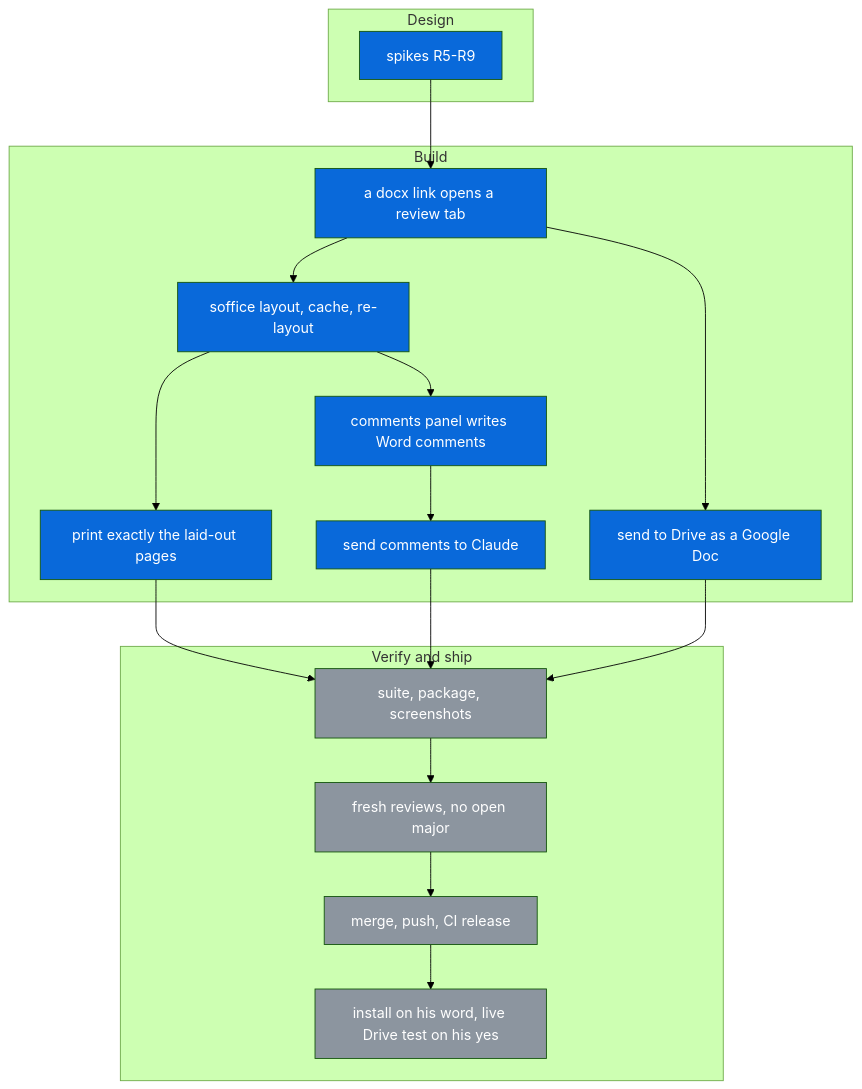
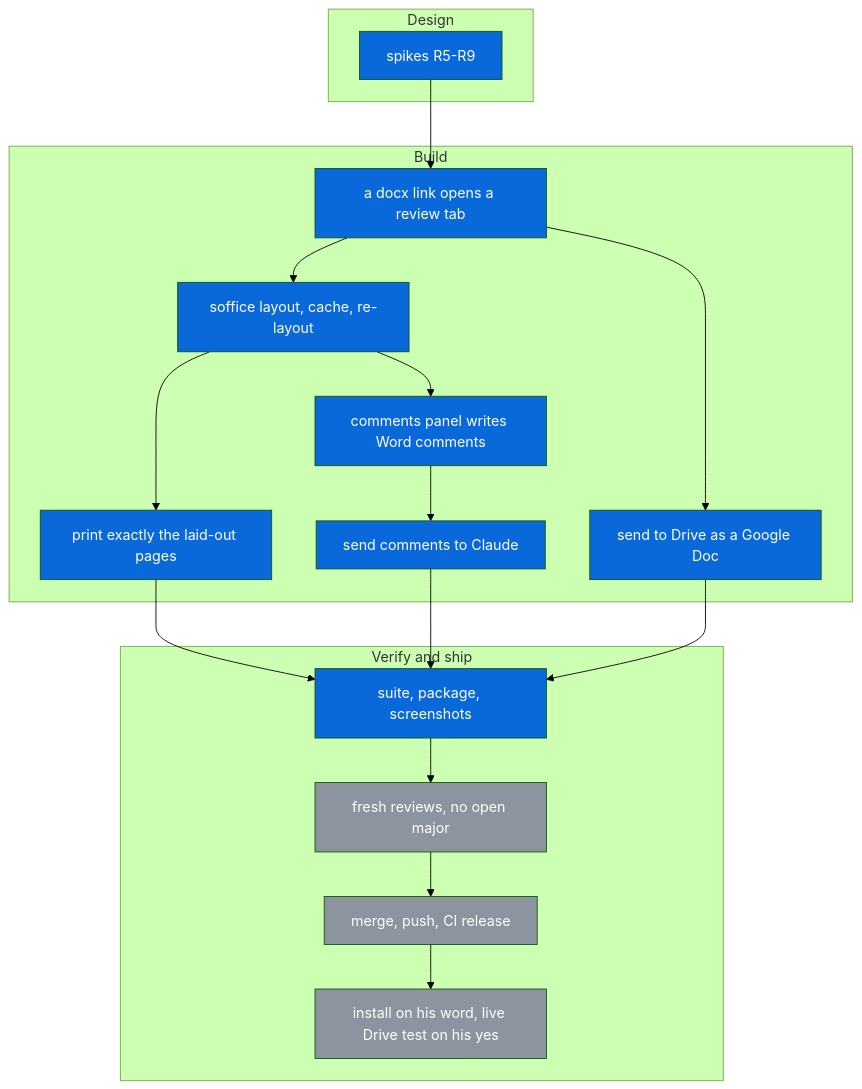
The diagram in docs/review-tab.md (michaeljryoung/patton), drawn with Mermaid (forest theme) before and after one commit. The commit also changed other lines of this file and 8 other files, not shown here.

````diff
--- a/docs/review-tab.md
+++ b/docs/review-tab.md
@@ -10,38 +10,38 @@
 ```mermaid
 flowchart TD
   subgraph D["Design"]
     rt_spike[spikes R5-R9]:::live
   end
   subgraph B["Build"]
     rt_open[a docx link opens a review tab]:::live
     rt_layout[soffice layout, cache, re-layout]:::live
     rt_print[print exactly the laid-out pages]:::live
     rt_drive[send to Drive as a Google Doc]:::live
     rt_comments[comments panel writes Word comments]:::live
     rt_claude[send comments to Claude]:::live
   end
   subgraph V["Verify and ship"]
-    rt_check[suite, package, screenshots]:::todo
+    rt_check[suite, package, screenshots]:::live
     rt_review[fresh reviews, no open major]:::todo
     rt_release[merge, push, CI release]:::todo
     rt_ship[install on his word, live Drive test on his yes]:::todo
   end
   rt_spike --> rt_open
   rt_open --> rt_layout
   rt_layout --> rt_print
   rt_layout --> rt_comments
   rt_open --> rt_drive
   rt_comments --> rt_claude
   rt_print --> rt_check
   rt_drive --> rt_check
   rt_claude --> rt_check
   rt_check --> rt_review
   rt_review --> rt_release
   rt_release --> rt_ship
   classDef done fill:#1a7f37,color:#fff
   classDef live fill:#0969da,color:#fff
   classDef todo fill:#8c959f,color:#fff
   classDef blocked fill:#cf222e,color:#fff
   classDef dropped fill:#eaeef2,color:#57606a
   classDef superseded fill:#eaeef2,color:#57606a
 ```
````
